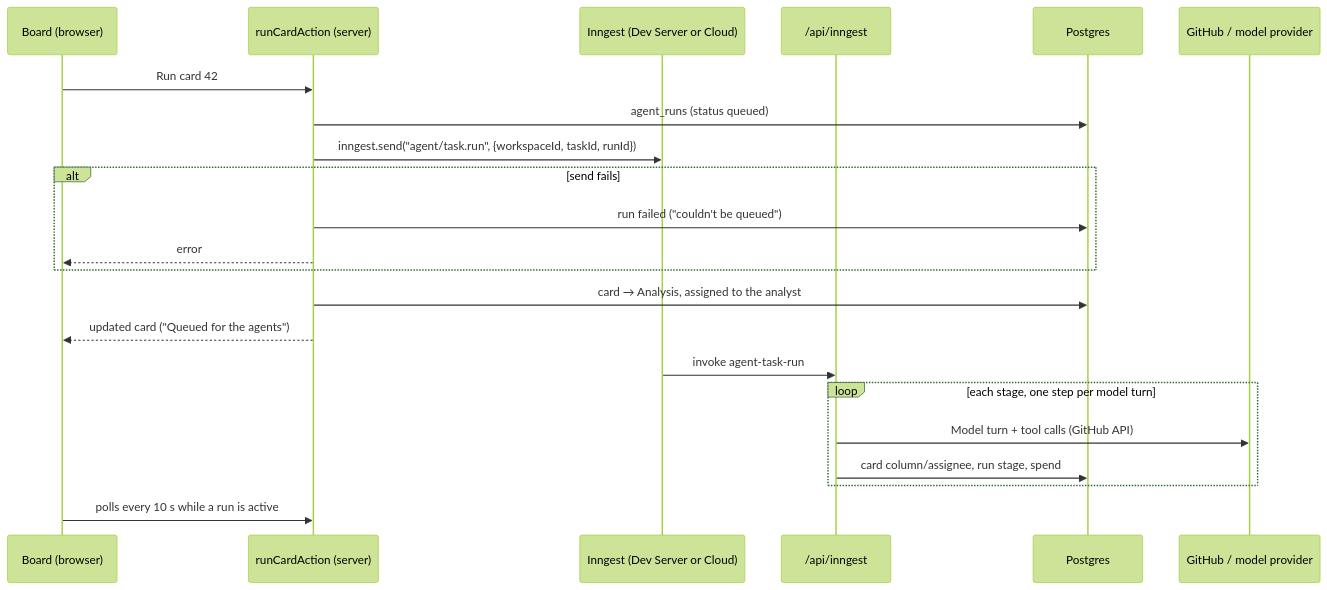
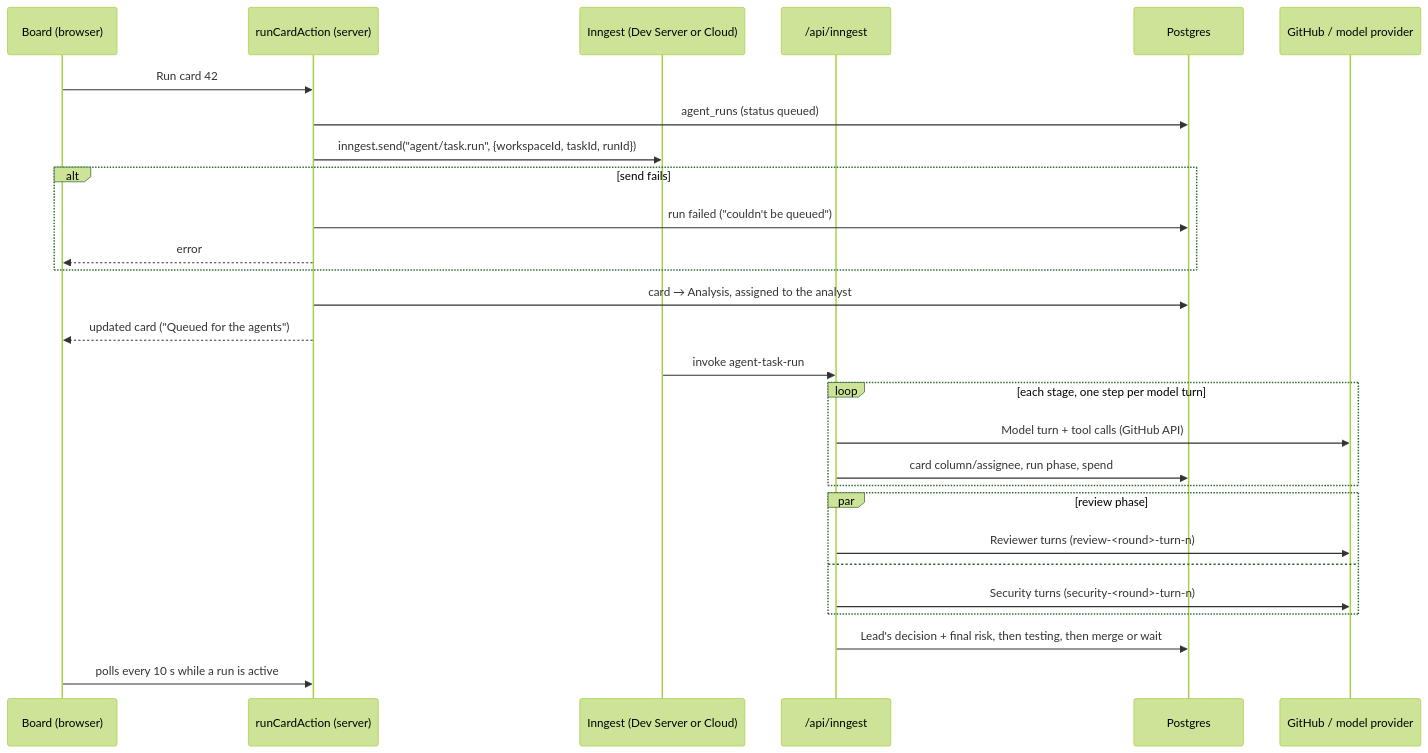
The diagram in docs/background-jobs.md (johanso/techcrew), drawn with Mermaid (forest theme) before and after one commit. The commit also changed other lines of this file and 13 other files, not shown here.

````diff
--- a/docs/background-jobs.md
+++ b/docs/background-jobs.md
@@ -19,25 +19,31 @@
 ```mermaid
 sequenceDiagram
     participant B as Board (browser)
     participant A as runCardAction (server)
     participant I as Inngest (Dev Server or Cloud)
     participant F as /api/inngest
     participant DB as Postgres
     participant GH as GitHub / model provider
 
     B->>A: Run card 42
     A->>DB: agent_runs (status queued)
     A->>I: inngest.send("agent/task.run", {workspaceId, taskId, runId})
     alt send fails
         A->>DB: run failed ("couldn't be queued")
         A-->>B: error
     end
     A->>DB: card → Analysis, assigned to the analyst
     A-->>B: updated card ("Queued for the agents")
     I->>F: invoke agent-task-run
     loop each stage, one step per model turn
         F->>GH: Model turn + tool calls (GitHub API)
-        F->>DB: card column/assignee, run stage, spend
+        F->>DB: card column/assignee, run phase, spend
     end
+    par review phase
+        F->>GH: Reviewer turns (review-<round>-turn-n)
+    and
+        F->>GH: Security turns (security-<round>-turn-n)
+    end
+    F->>DB: Lead's decision + final risk, then testing, then merge or wait
     B->>A: polls every 10 s while a run is active
 ```
````
